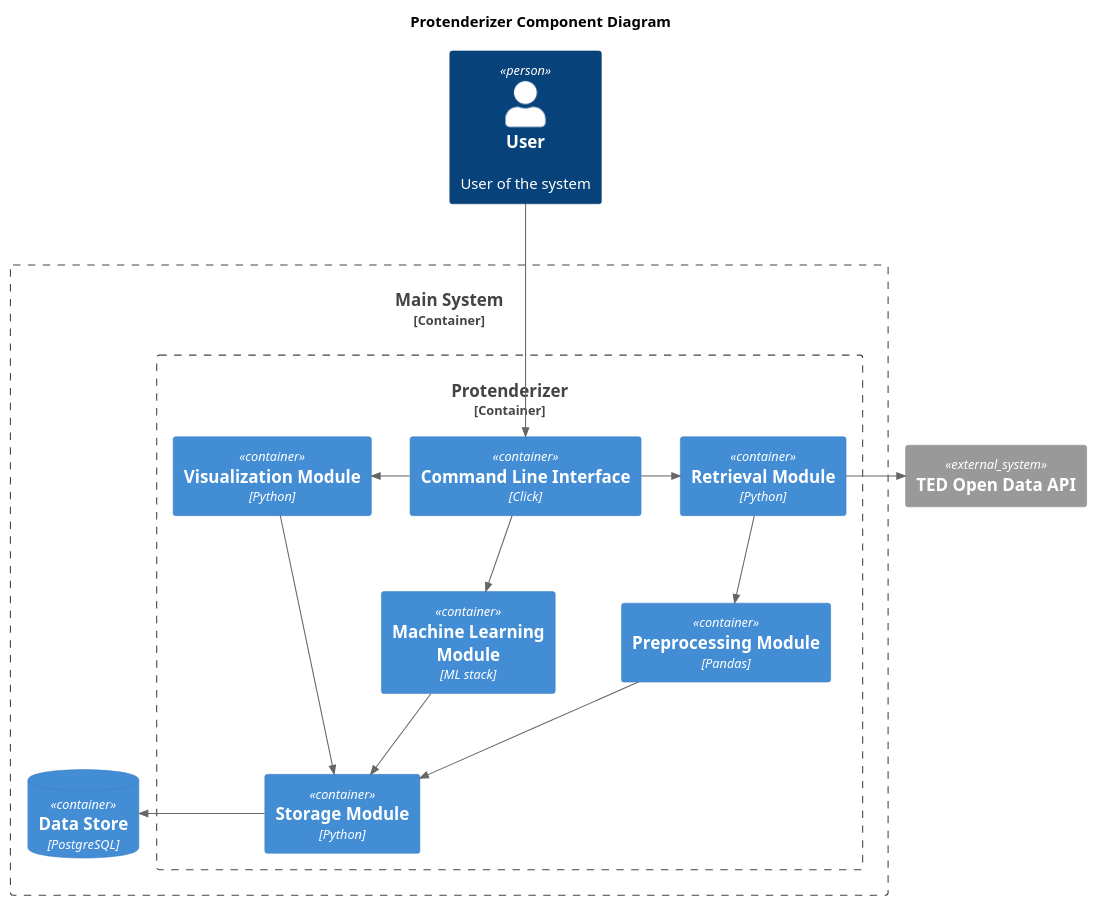
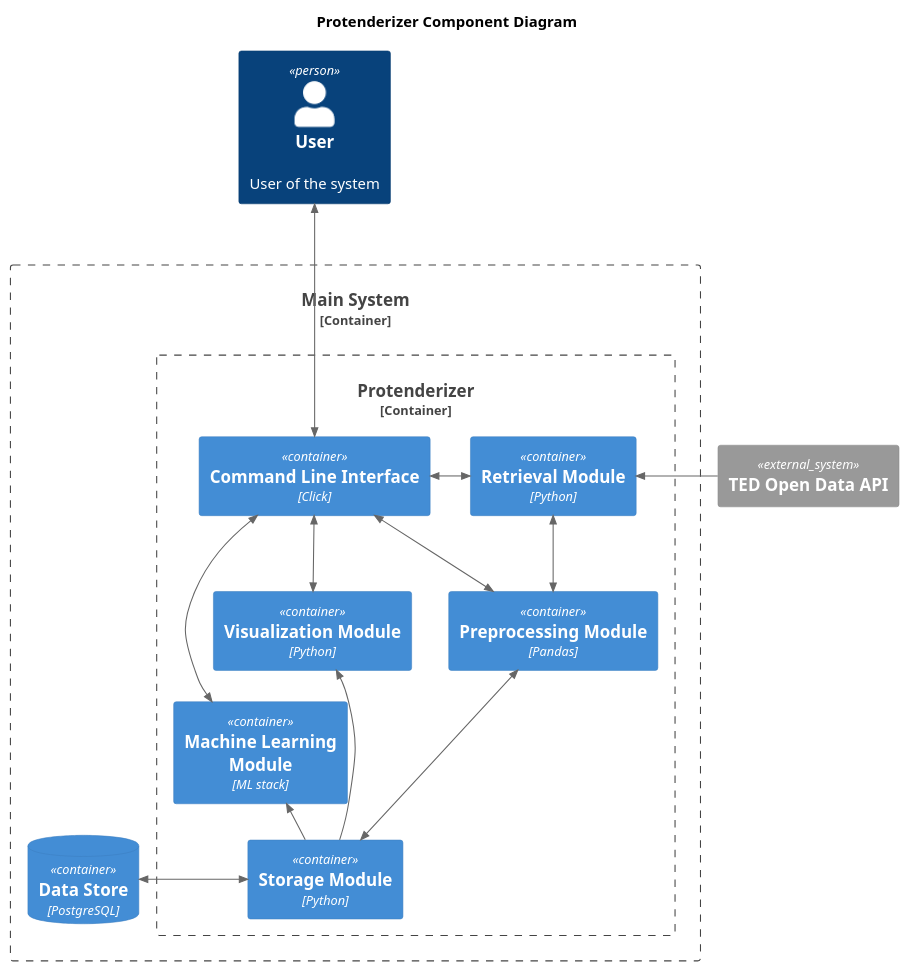
One commit to danssolutions/protenderizer changed the diagram in plantuml/protenderizer-component.puml. Above: the diagram before and after it, drawn with PlantUML.

Commit message:
Updating puml component diagram

```diff
--- a/plantuml/protenderizer-component.puml
+++ b/plantuml/protenderizer-component.puml
@@ -1,37 +1,38 @@
 @startuml protenderizer-component
 !include <C4/C4_Component.puml>
 
 LAYOUT_TOP_DOWN()
 'LAYOUT_AS_SKETCH()
 'LAYOUT_WITH_LEGEND()
 
 title Protenderizer Component Diagram
 
 Person(user, "User", "User of the system")
 
 System_Ext(ted, "TED Open Data API")
 
 Container_Boundary(main_system, "Main System") {
     Container_Boundary(application, "Protenderizer") {
         Container(data_retrieval, "Retrieval Module", "Python")
         Container(data_preprocessing, "Preprocessing Module", "Pandas")
         Container(data_storage, "Storage Module", "Python")
         Container(data_visualization, "Visualization Module", "Python")
         Container(machine_learning, "Machine Learning Module", "ML stack")
         Container(cli, "Command Line Interface", "Click")
     }
     ContainerDb(database, "Data Store", "PostgreSQL")
 }
 
-Rel(user, cli, "")
-Rel_Right(cli, data_retrieval, "")
-Rel_Right(data_retrieval, ted, "")
-Rel(data_retrieval, data_preprocessing, "")
-Rel(cli, machine_learning, "")
-Rel_Left(cli, data_visualization, "")
-Rel_Down(machine_learning, data_storage, "")
-Rel(data_preprocessing, data_storage, "")
-Rel_Right(data_storage, database, "")
-Rel(data_visualization, data_storage, "")
+BiRel(user, cli, "")
+BiRel_Right(cli, data_retrieval, "")
+BiRel_Down(cli, data_preprocessing, "")
+Rel_Right(ted, data_retrieval, "")
+BiRel(data_retrieval, data_preprocessing, "")
+BiRel(cli, machine_learning, "")
+BiRel(cli, data_visualization, "")
+Rel_Left(data_storage, machine_learning, "")
+BiRel_Down(data_preprocessing, data_storage, "")
+BiRel_Right(data_storage, database, "")
+Rel_Up(data_storage, data_visualization, "")
 
 @enduml
```
